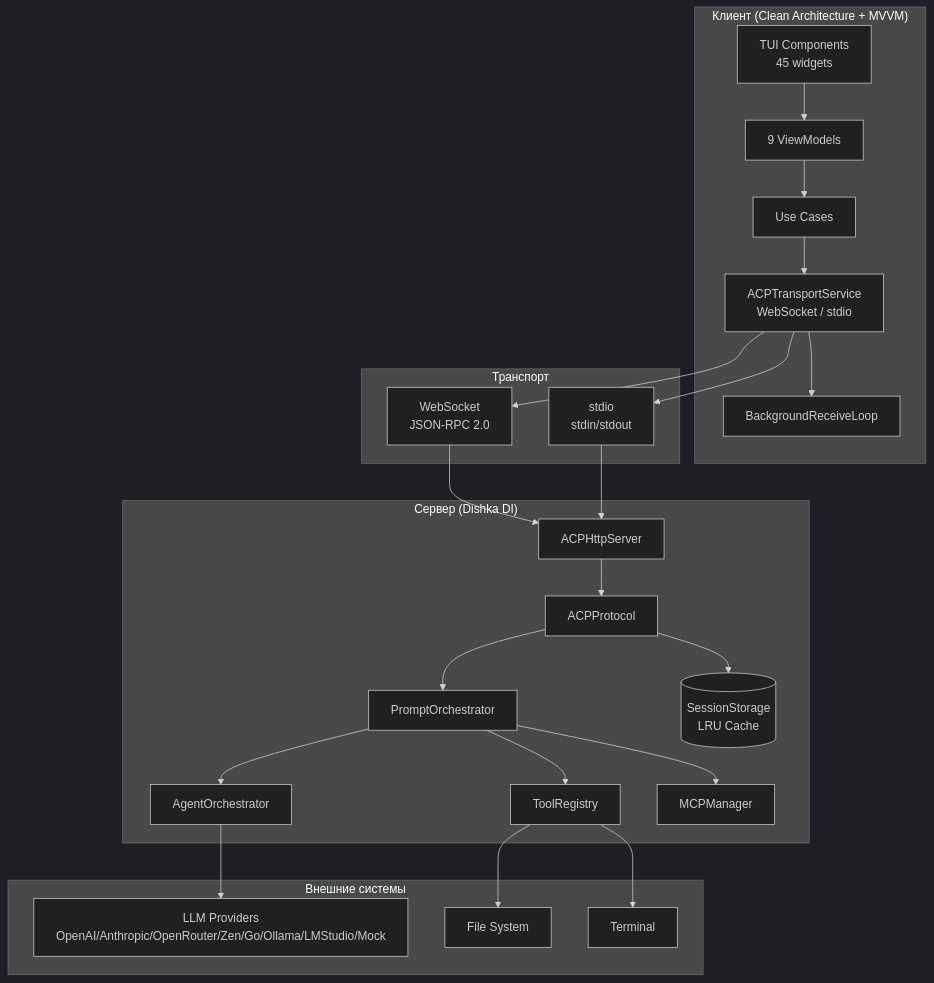
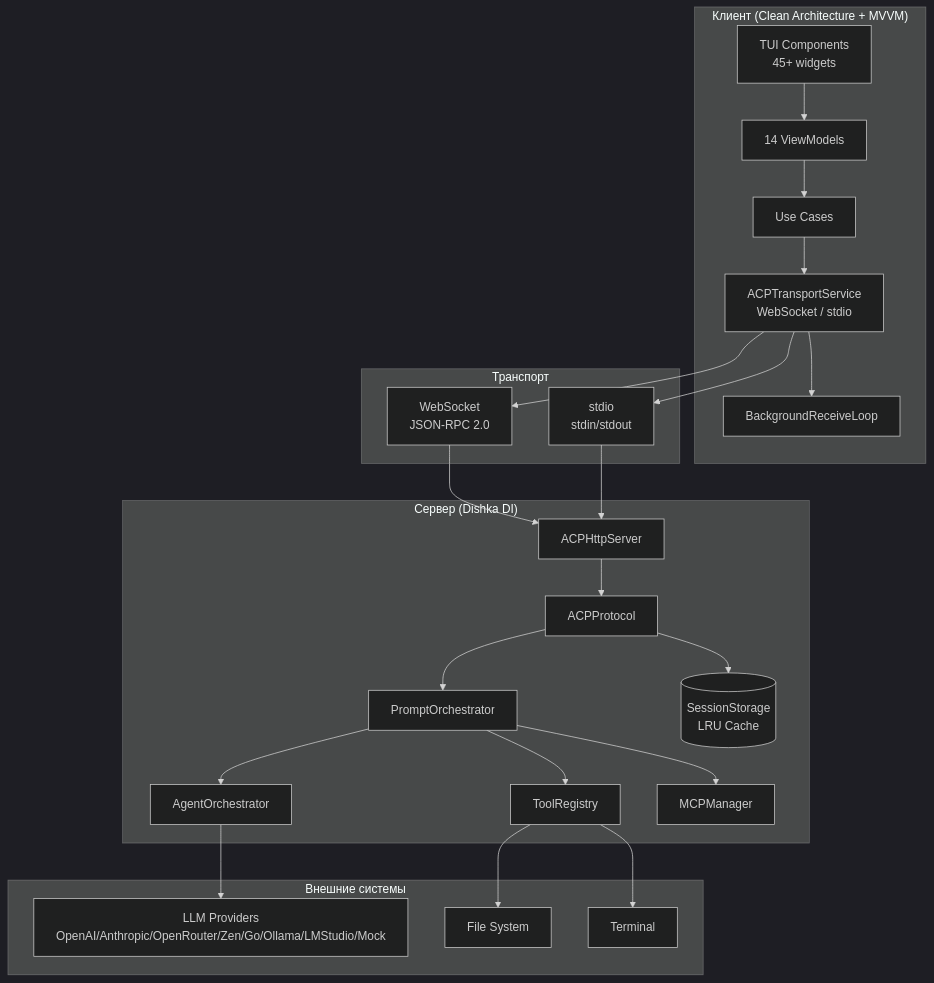
Before and after one commit to pese-git/codelab-agent: the first of 14 diagrams in doc/product/overview/02-architecture.md, drawn with Mermaid (dark theme). The commit also changed other lines of this file and 9 other files, not shown here.

````diff
--- a/doc/product/overview/02-architecture.md
+++ b/doc/product/overview/02-architecture.md
@@ -9,40 +9,40 @@
 ```mermaid
 graph TB
     subgraph Client["Клиент (Clean Architecture + MVVM)"]
-        TUI[TUI Components<br/>45 widgets]
-        VM[9 ViewModels]
+        TUI[TUI Components<br/>45+ widgets]
+        VM[14 ViewModels]
         UC[Use Cases]
         TS[ACPTransportService<br/>WebSocket / stdio]
         BgLoop[BackgroundReceiveLoop]
     end
     
     subgraph Transport["Транспорт"]
         WS[WebSocket<br/>JSON-RPC 2.0]
         STDIO[stdio<br/>stdin/stdout]
     end
     
     subgraph Server["Сервер (Dishka DI)"]
         HTTP[ACPHttpServer]
         AP[ACPProtocol]
         PO[PromptOrchestrator]
         AO[AgentOrchestrator]
         TR[ToolRegistry]
         MCP[MCPManager]
         Storage[(SessionStorage<br/>LRU Cache)]
     end
     
     subgraph External["Внешние системы"]
         LLM[LLM Providers<br/>OpenAI/Anthropic/OpenRouter/Zen/Go/Ollama/LMStudio/Mock]
         FS[File System]
         TERM[Terminal]
     end
     
     TUI --> VM --> UC --> TS
     TS --> BgLoop
     TS --> WS & STDIO
     WS & STDIO --> HTTP --> AP --> PO
     PO --> AO --> LLM
     PO --> TR --> FS & TERM
     PO --> MCP
     AP --> Storage
 ```
````
